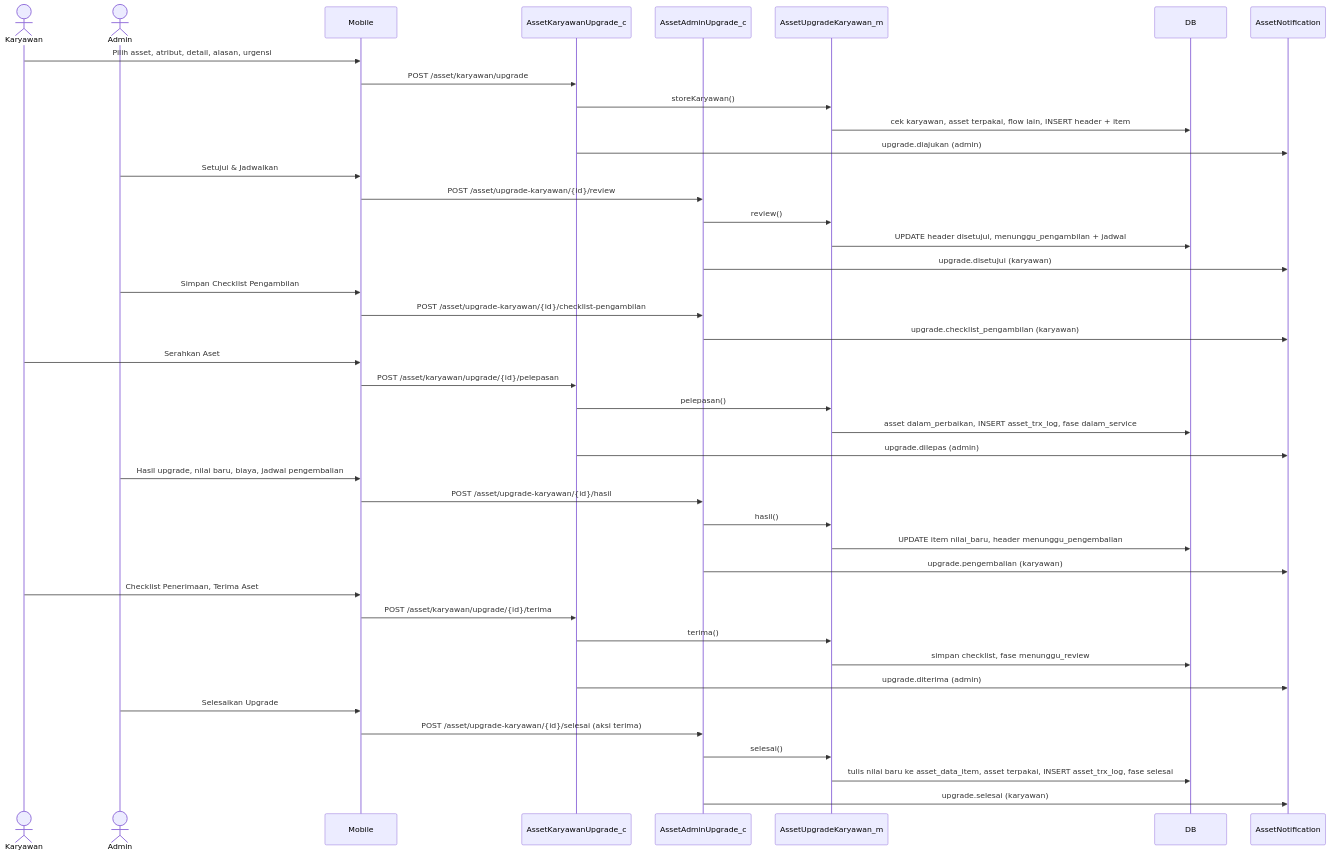
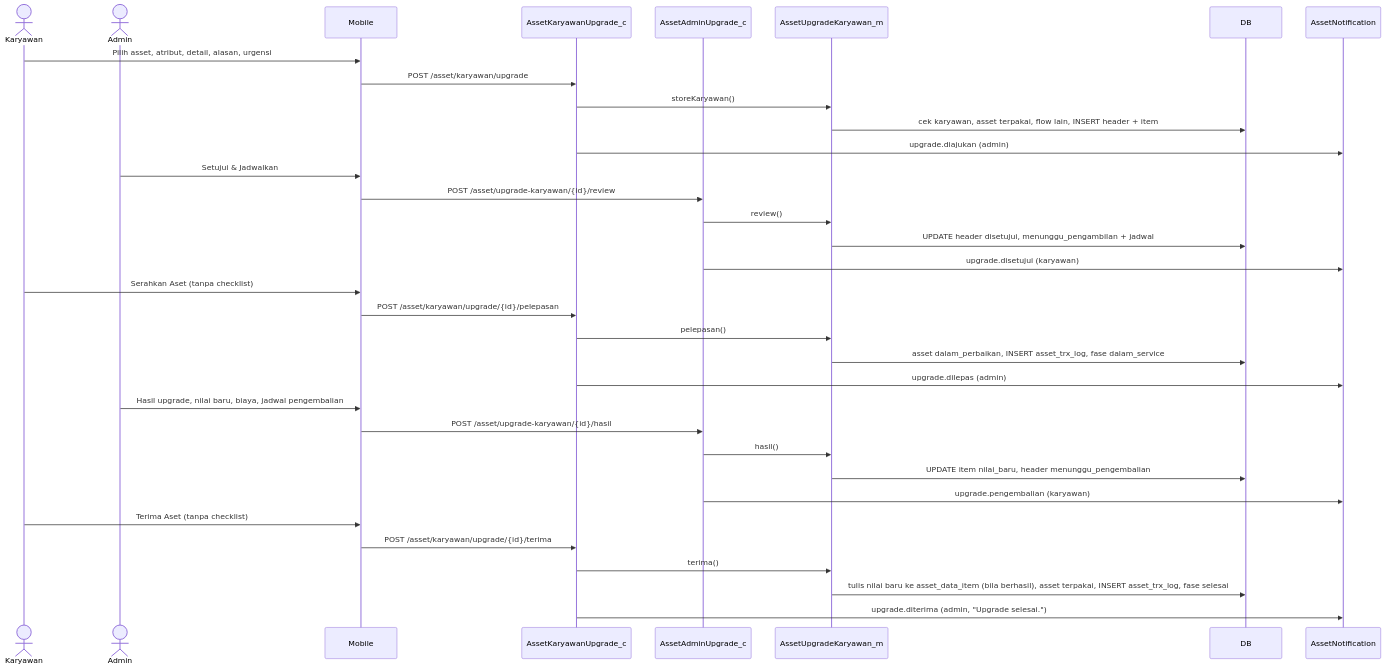
Before and after one commit to setiyawan12/DOKUMENTASI-ASSET: the second of 4 diagrams in dokumentasi-asset-upgrade-karyawan.md, drawn with Mermaid. The commit also changed other lines of this file and 6 other files, not shown here.

````diff
--- a/dokumentasi-asset-upgrade-karyawan.md
+++ b/dokumentasi-asset-upgrade-karyawan.md
@@ -256,45 +268,37 @@
 ```mermaid
 sequenceDiagram
     actor K as Karyawan
     actor A as Admin
     participant M as Mobile
     participant CK as AssetKaryawanUpgrade_c
     participant CA as AssetAdminUpgrade_c
     participant U as AssetUpgradeKaryawan_m
     participant DB
     participant N as AssetNotification
 
     K->>M: Pilih asset, atribut, detail, alasan, urgensi
     M->>CK: POST /asset/karyawan/upgrade
     CK->>U: storeKaryawan()
     U->>DB: cek karyawan, asset terpakai, flow lain, INSERT header + item
     CK->>N: upgrade.diajukan (admin)
     A->>M: Setujui & Jadwalkan
     M->>CA: POST /asset/upgrade-karyawan/{id}/review
     CA->>U: review()
     U->>DB: UPDATE header disetujui, menunggu_pengambilan + jadwal
     CA->>N: upgrade.disetujui (karyawan)
-    A->>M: Simpan Checklist Pengambilan
-    M->>CA: POST /asset/upgrade-karyawan/{id}/checklist-pengambilan
-    CA->>N: upgrade.checklist_pengambilan (karyawan)
-    K->>M: Serahkan Aset
+    K->>M: Serahkan Aset (tanpa checklist)
     M->>CK: POST /asset/karyawan/upgrade/{id}/pelepasan
     CK->>U: pelepasan()
     U->>DB: asset dalam_perbaikan, INSERT asset_trx_log, fase dalam_service
     CK->>N: upgrade.dilepas (admin)
     A->>M: Hasil upgrade, nilai baru, biaya, jadwal pengembalian
     M->>CA: POST /asset/upgrade-karyawan/{id}/hasil
     CA->>U: hasil()
     U->>DB: UPDATE item nilai_baru, header menunggu_pengembalian
     CA->>N: upgrade.pengembalian (karyawan)
-    K->>M: Checklist Penerimaan, Terima Aset
+    K->>M: Terima Aset (tanpa checklist)
     M->>CK: POST /asset/karyawan/upgrade/{id}/terima
     CK->>U: terima()
-    U->>DB: simpan checklist, fase menunggu_review
-    CK->>N: upgrade.diterima (admin)
-    A->>M: Selesaikan Upgrade
-    M->>CA: POST /asset/upgrade-karyawan/{id}/selesai (aksi terima)
-    CA->>U: selesai()
-    U->>DB: tulis nilai baru ke asset_data_item, asset terpakai, INSERT asset_trx_log, fase selesai
-    CA->>N: upgrade.selesai (karyawan)
+    U->>DB: tulis nilai baru ke asset_data_item (bila berhasil), asset terpakai, INSERT asset_trx_log, fase selesai
+    CK->>N: upgrade.diterima (admin, "Upgrade selesai.")
 ```
````
